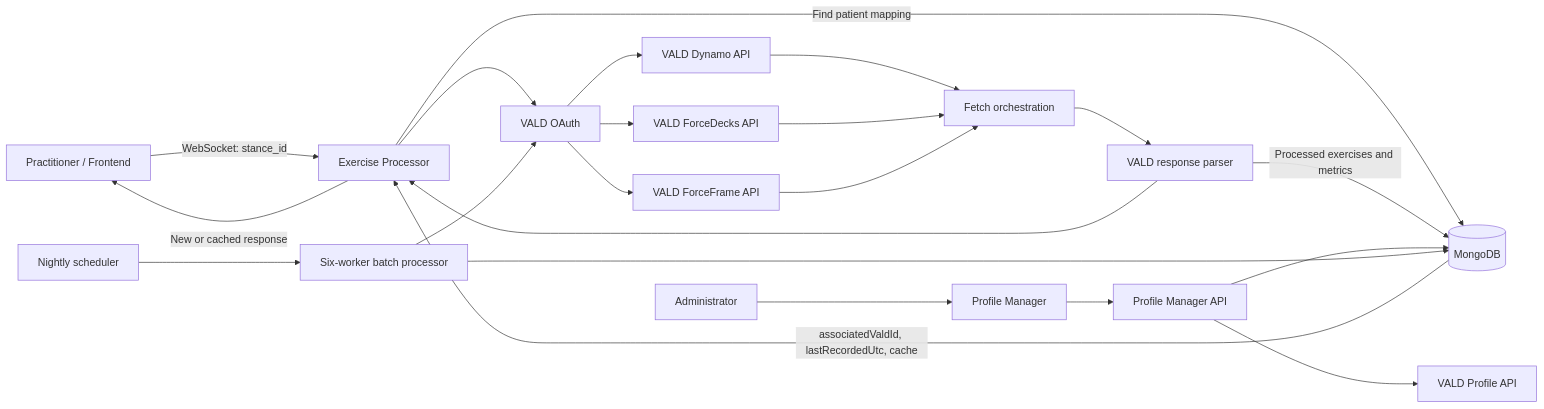
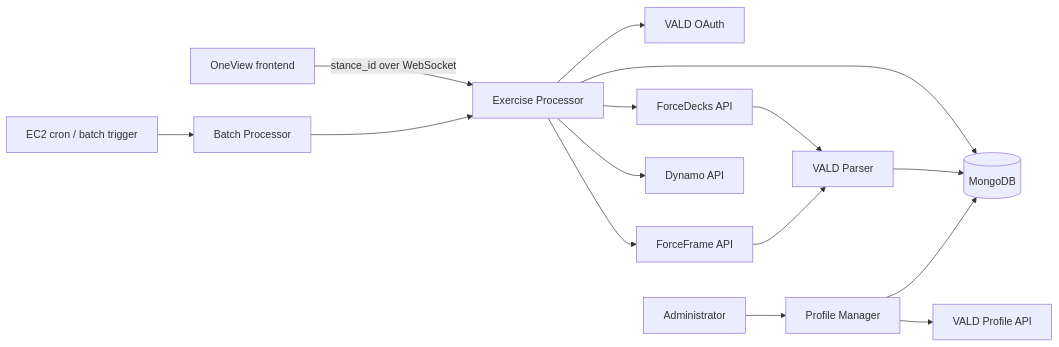
The diagram in one-view.md (pundir72/docs-stance), drawn with Mermaid before and after one commit. The commit also changed other lines of this file, not shown here.

````diff
--- a/one-view.md
+++ b/one-view.md
@@ -172,28 +21,19 @@
 ```mermaid
 flowchart LR
-    User[Practitioner / Frontend] -->|WebSocket: stance_id| API[Exercise Processor]
-    API -->|Find patient mapping| Mongo[(MongoDB)]
-    Mongo -->|associatedValdId, lastRecordedUtc, cache| API
+    Frontend[OneView frontend] -->|stance_id over WebSocket| API[Exercise Processor]
+    API --> Mongo[(MongoDB)]
+    API --> OAuth[VALD OAuth]
+    API --> FD[ForceDecks API]
+    API --> FF[ForceFrame API]
+    API --> DY[Dynamo API]
+    FD --> Parser[VALD Parser]
+    FF --> Parser
+    Parser --> Mongo
 
-    API --> Auth[VALD OAuth]
-    Auth --> Dynamo[VALD Dynamo API]
-    Auth --> Deck[VALD ForceDecks API]
-    Auth --> Frame[VALD ForceFrame API]
+    Admin[Administrator] --> PM[Profile Manager]
+    PM --> Mongo
+    PM --> ProfileAPI[VALD Profile API]
 
-    Dynamo --> Fetch[Fetch orchestration]
-    Deck --> Fetch
-    Frame --> Fetch
-    Fetch --> Parser[VALD response parser]
-    Parser -->|Processed exercises and metrics| Mongo
-    Parser --> API
-    API -->|New or cached response| User
-
-    AdminUser[Administrator] --> AdminUI[Profile Manager]
-    AdminUI --> AdminAPI[Profile Manager API]
-    AdminAPI --> Mongo
-    AdminAPI --> ProfileAPI[VALD Profile API]
-
-    Scheduler[Nightly scheduler] --> Batch[Six-worker batch processor]
-    Batch --> Mongo
-    Batch --> Auth
+    Scheduler[EC2 cron / batch trigger] --> Batch[Batch Processor]
+    Batch --> API
 ```
````
